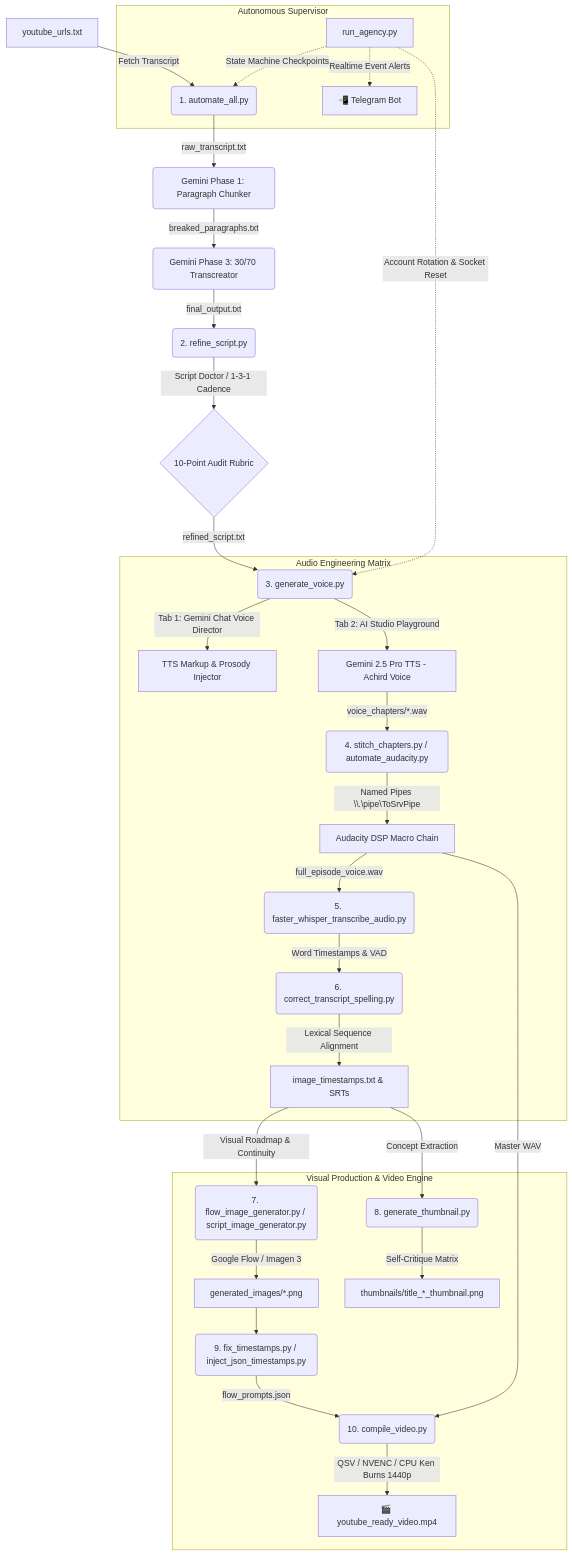
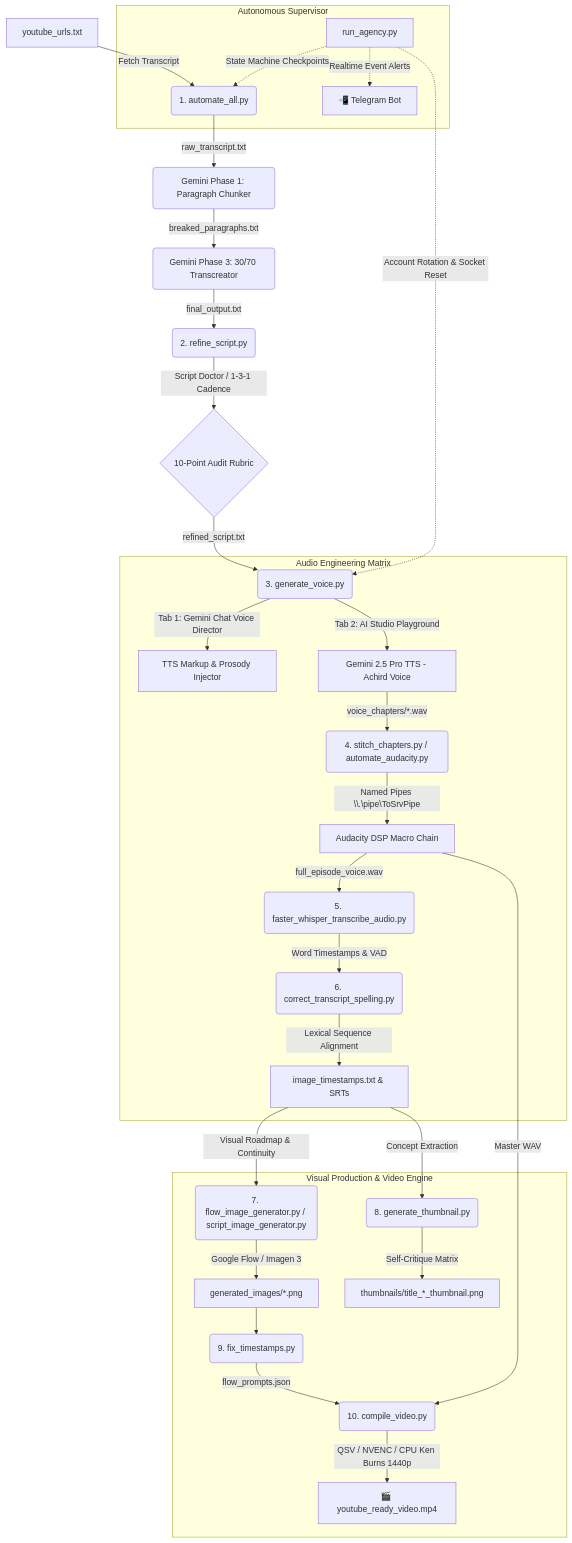
The diagram in README.md (Snoozer10/local-youtube-automation), drawn with Mermaid before and after one commit.

Commit message:
docs: decouple README from legacy_and_utilities timestamp script

````diff
--- a/README.md
+++ b/README.md
@@ -71,36 +71,36 @@
 ```mermaid
 flowchart TD
     A[youtube_urls.txt] -->|Fetch Transcript| B(1. automate_all.py)
     B -->|raw_transcript.txt| B1(Gemini Phase 1: Paragraph Chunker)
     B1 -->|breaked_paragraphs.txt| B2(Gemini Phase 3: 30/70 Transcreator)
     B2 -->|final_output.txt| C(2. refine_script.py)
     C -->|Script Doctor / 1-3-1 Cadence| C1{10-Point Audit Rubric}
     C1 -->|refined_script.txt| D(3. generate_voice.py)
 
     subgraph Audio Engineering Matrix
         D -->|Tab 1: Gemini Chat Voice Director| D1[TTS Markup & Prosody Injector]
         D -->|Tab 2: AI Studio Playground| D2[Gemini 2.5 Pro TTS - Achird Voice]
         D2 -->|voice_chapters/*.wav| E(4. stitch_chapters.py / automate_audacity.py)
         E -->|Named Pipes \\.\pipe\ToSrvPipe| E1[Audacity DSP Macro Chain]
         E1 -->|full_episode_voice.wav| F(5. faster_whisper_transcribe_audio.py)
         F -->|Word Timestamps & VAD| F1(6. correct_transcript_spelling.py)
         F1 -->|Lexical Sequence Alignment| G[image_timestamps.txt & SRTs]
     end
 
     subgraph Visual Production & Video Engine
         G -->|Visual Roadmap & Continuity| H(7. flow_image_generator.py / script_image_generator.py)
         H -->|Google Flow / Imagen 3| H1[generated_images/*.png]
         G -->|Concept Extraction| I(8. generate_thumbnail.py)
         I -->|Self-Critique Matrix| I1[thumbnails/title_*_thumbnail.png]
-        H1 --> J(9. fix_timestamps.py / inject_json_timestamps.py)
+        H1 --> J(9. fix_timestamps.py)
         J -->|flow_prompts.json| K(10. compile_video.py)
         E1 -->|Master WAV| K
         K -->|QSV / NVENC / CPU Ken Burns 1440p| L[🎬 youtube_ready_video.mp4]
     end
 
     subgraph Autonomous Supervisor
         M[run_agency.py] -.->|State Machine Checkpoints| B
         M -.->|Account Rotation & Socket Reset| D
         M -.->|Realtime Event Alerts| N[📲 Telegram Bot]
     end
 ```
````
